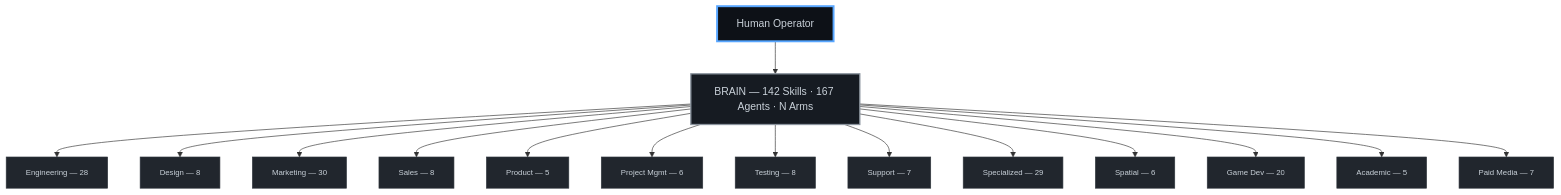
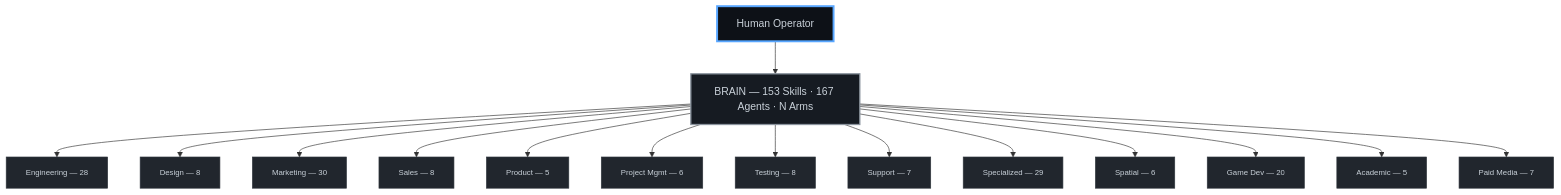
One commit to CarlosCaPe/octorato changed the diagram in README.md. Above: the diagram before and after it, drawn with Mermaid. The commit also changed other lines of this file, not shown here.

````diff
--- a/README.md
+++ b/README.md
@@ -418,24 +418,24 @@
 ```mermaid
 graph TB
     classDef ceo fill:#0D1117,stroke:#58A6FF,stroke-width:3px,color:#C9D1D9
     classDef brain fill:#161B22,stroke:#8B949E,stroke-width:2px,color:#C9D1D9
     classDef div fill:#21262D,stroke:#30363D,stroke-width:1px,color:#C9D1D9,font-size:12px
 
     CEO["Human Operator"]:::ceo
-    BRAIN["BRAIN — 142 Skills · 167 Agents · N Arms"]:::brain
+    BRAIN["BRAIN — 153 Skills · 167 Agents · N Arms"]:::brain
     CEO --> BRAIN
 
     BRAIN --> ENG["Engineering — 28"]:::div
     BRAIN --> DES["Design — 8"]:::div
     BRAIN --> MKT["Marketing — 30"]:::div
     BRAIN --> SAL["Sales — 8"]:::div
     BRAIN --> PRD["Product — 5"]:::div
     BRAIN --> PM["Project Mgmt — 6"]:::div
     BRAIN --> TST["Testing — 8"]:::div
     BRAIN --> SUP["Support — 7"]:::div
     BRAIN --> SPC["Specialized — 29"]:::div
     BRAIN --> XR["Spatial — 6"]:::div
     BRAIN --> GMD["Game Dev — 20"]:::div
     BRAIN --> ACD["Academic — 5"]:::div
     BRAIN --> PMA["Paid Media — 7"]:::div
 ```
````
